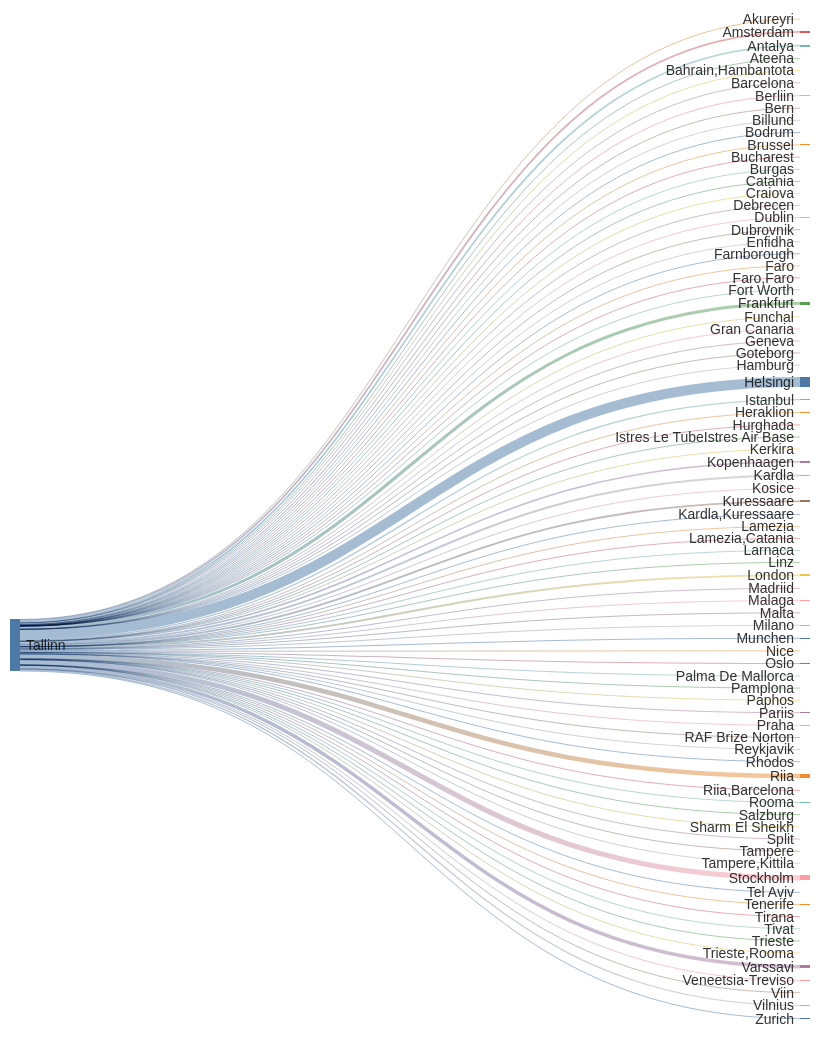
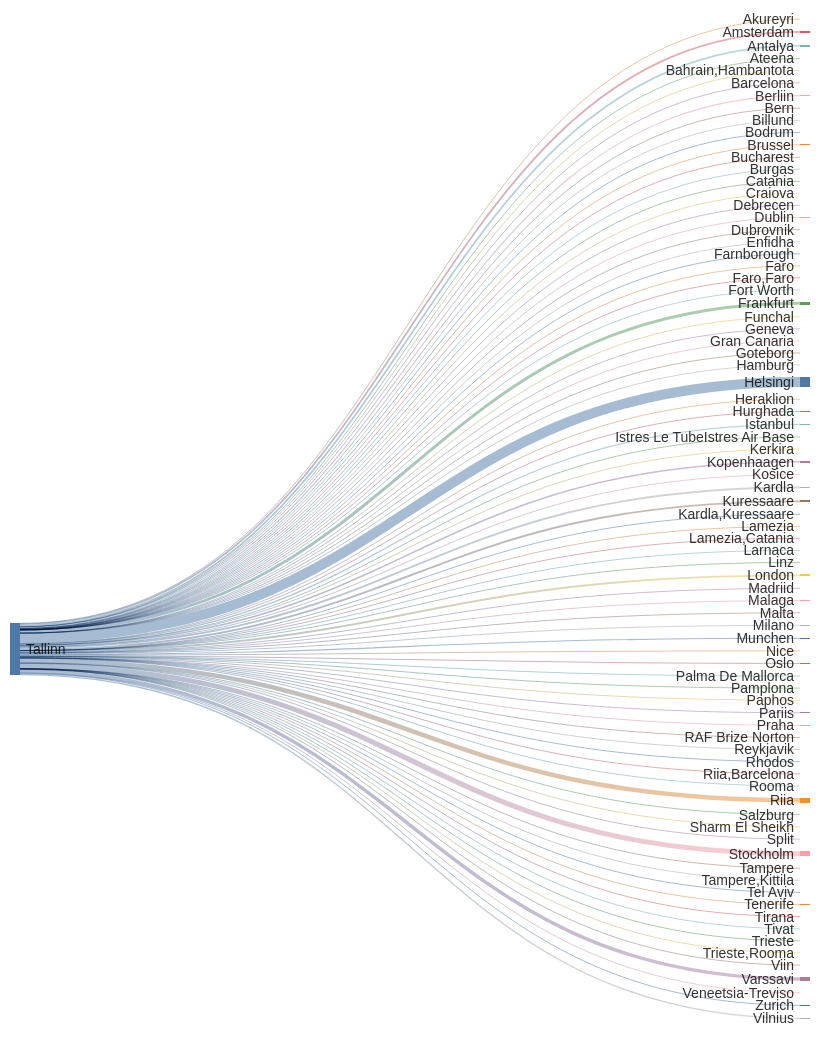
Before and after one commit to rainermesi/tll-airport-departures: the second of 2 diagrams in README.md, drawn with Mermaid. The commit also changed other lines of this file and 1 other file, not shown here.

````diff
--- a/README.md
+++ b/README.md
@@ -42,11 +42,11 @@
 sankey-beta
 %% source,target,value
 Tallinn,Akureyri,1
-Tallinn,Amsterdam,605
-Tallinn,Antalya,596
+Tallinn,Amsterdam,607
+Tallinn,Antalya,599
 Tallinn,Ateena,16
 Tallinn,"Bahrain,Hambantota",1
-Tallinn,Barcelona,169
+Tallinn,Barcelona,171
 Tallinn,Berliin,376
 Tallinn,Bern,1
 Tallinn,Billund,87
@@ -64,31 +64,31 @@
 Tallinn,Faro,4
 Tallinn,"Faro,Faro",1
 Tallinn,Fort Worth,1
-Tallinn,Frankfurt,1048
+Tallinn,Frankfurt,1050
 Tallinn,Funchal,10
 Tallinn,Geneva,13
 Tallinn,Gran Canaria,38
 Tallinn,Goteborg,2
 Tallinn,Hamburg,2
-Tallinn,Helsingi,3511
+Tallinn,Helsingi,3519
 Tallinn,Heraklion,145
-Tallinn,Hurghada,80
-Tallinn,Istanbul,455
+Tallinn,Hurghada,82
+Tallinn,Istanbul,456
 Tallinn,Istres Le TubeIstres Air Base,2
 Tallinn,Kerkira,4
-Tallinn,Kopenhaagen,523
+Tallinn,Kopenhaagen,525
 Tallinn,Kosice,1
-Tallinn,Kuressaare,666
-Tallinn,Kardla,668
+Tallinn,Kuressaare,667
+Tallinn,Kardla,669
 Tallinn,"Kardla,Kuressaare",1
 Tallinn,Lamezia,6
 Tallinn,"Lamezia,Catania",3
 Tallinn,Larnaca,10
 Tallinn,Linz,2
-Tallinn,London,679
+Tallinn,London,680
 Tallinn,Madriid,5
-Tallinn,Malaga,145
-Tallinn,Malta,37
+Tallinn,Malaga,146
+Tallinn,Malta,38
 Tallinn,Milano,289
 Tallinn,Munchen,381
 Tallinn,Nice,69
@@ -101,13 +101,13 @@
 Tallinn,RAF Brize Norton,1
 Tallinn,Reykjavik,20
 Tallinn,Rhodos,77
-Tallinn,Riia,1599
+Tallinn,Riia,1604
 Tallinn,"Riia,Barcelona",1
 Tallinn,Rooma,80
 Tallinn,Salzburg,14
 Tallinn,Sharm El Sheikh,127
 Tallinn,Split,70
-Tallinn,Stockholm,1765
+Tallinn,Stockholm,1768
 Tallinn,Tampere,17
 Tallinn,"Tampere,Kittila",21
 Tallinn,Tel Aviv,2
@@ -116,11 +116,11 @@
 Tallinn,Tivat,80
 Tallinn,Trieste,1
 Tallinn,"Trieste,Rooma",1
-Tallinn,Varssavi,1220
+Tallinn,Varssavi,1223
 Tallinn,Veneetsia-Treviso,67
 Tallinn,Viin,106
 Tallinn,Vilnius,448
-Tallinn,Zurich,316
+Tallinn,Zurich,317
 
 
 ```
````
